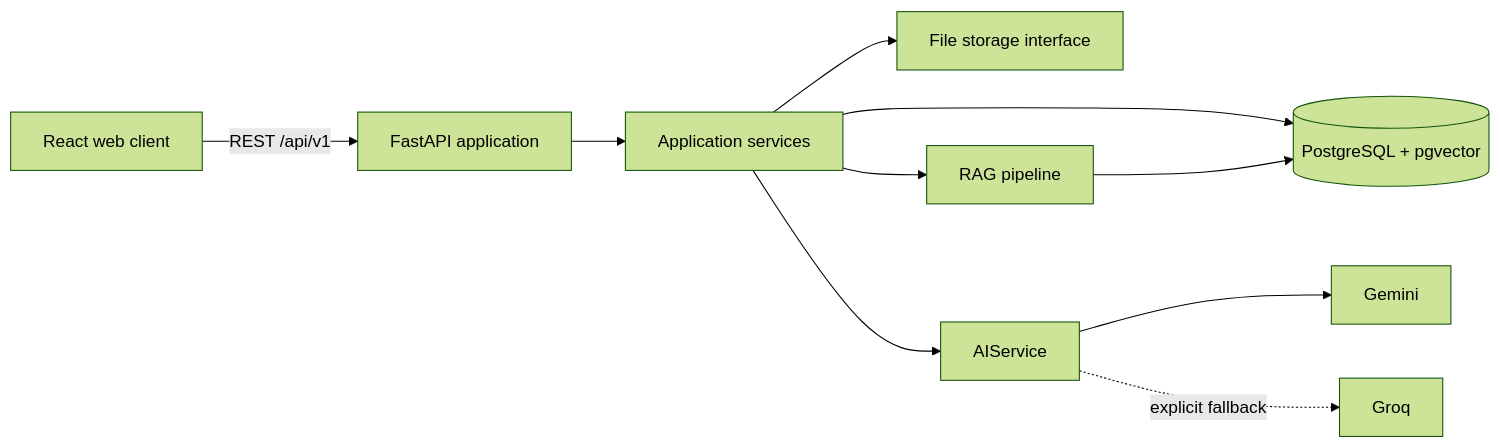
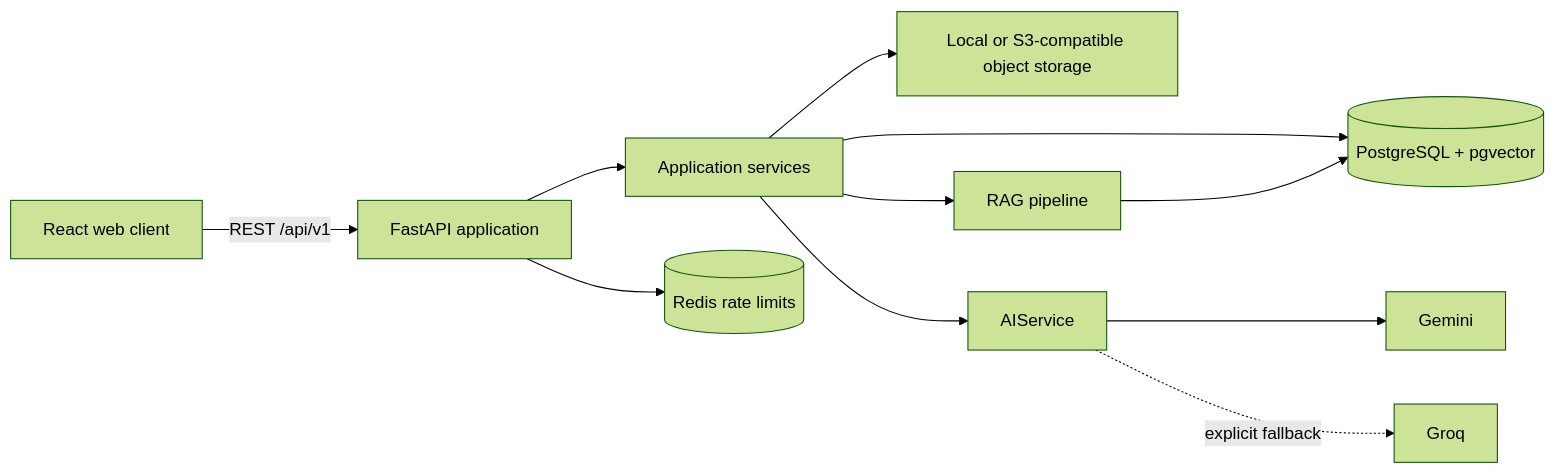
Before and after one commit to Leandrosp9/webapp-workflix: the diagram in README.md, drawn with Mermaid (forest theme). The commit also changed other lines of this file and 2 other files, not shown here.

````diff
--- a/README.md
+++ b/README.md
@@ -75,12 +78,13 @@
 ```mermaid
 flowchart LR
     Browser[React web client] -->|REST /api/v1| API[FastAPI application]
     API --> Services[Application services]
     Services --> DB[(PostgreSQL + pgvector)]
-    Services --> Storage[File storage interface]
+    Services --> Storage[Local or S3-compatible object storage]
+    API --> Redis[(Redis rate limits)]
     Services --> AI[AIService]
     AI --> Gemini[Gemini]
     AI -. explicit fallback .-> Groq[Groq]
     Services --> RAG[RAG pipeline]
     RAG --> DB
 ```
````
